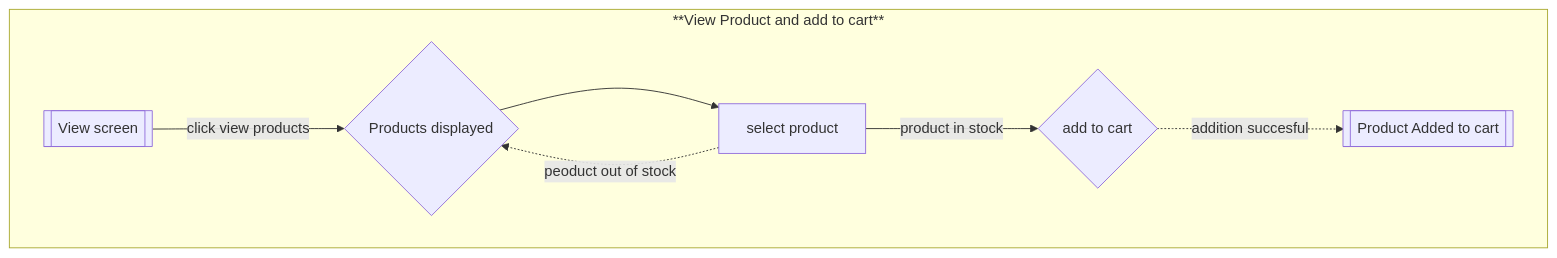
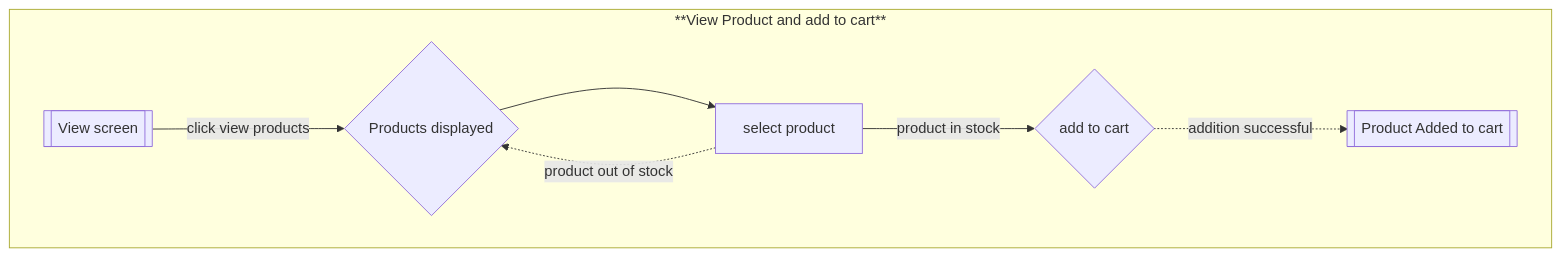
Before and after one commit to asantec2/cassy-project: the first of 2 diagrams in flows.md, drawn with Mermaid. The commit also changed 13 other files, not shown here.

````diff
--- a/flows.md
+++ b/flows.md
@@ -8,13 +8,13 @@
 ```mermaid
 flowchart
 subgraph **View Product and add to cart**
 
 Start[[View screen]]--click view products--> ProductsDisplayed{Products displayed}
 ProductsDisplayed -->SelectProduct[select product]
 SelectProduct --product in stock--> AddCart{add to cart}
-SelectProduct -.peoduct out of stock .->ProductsDisplayed
-AddCart -.addition succesful.-> Done[[Product Added to cart]]
+SelectProduct -.product out of stock .->ProductsDisplayed
+AddCart -.addition successful.-> Done[[Product Added to cart]]
 
 end
 
 ```
````
